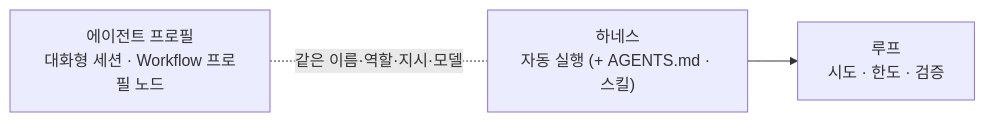
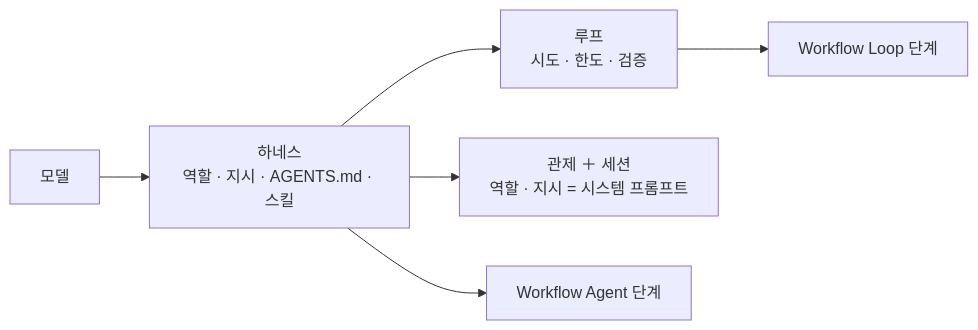
One commit to thdrmsqhd/omp-live-map changed the third of 3 diagrams in docs/guide/engineering.md. Above: the diagram before and after it, drawn with Mermaid. The commit also changed other lines of this file and 136 other files, not shown here.

````diff
--- a/docs/guide/engineering.md
+++ b/docs/guide/engineering.md
@@ -156,5 +157,8 @@
 ```mermaid
 flowchart LR
-  P["에이전트 프로필<br/>대화형 세션 · Workflow 프로필 노드"] -. "같은 이름·역할·지시·모델" .- H["하네스<br/>자동 실행 (+ AGENTS.md · 스킬)"]
+  M["모델"] --> H["하네스<br/>역할 · 지시 · AGENTS.md · 스킬"]
   H --> L["루프<br/>시도 · 한도 · 검증"]
+  H --> S["관제 ＋ 세션<br/>역할 · 지시 = 시스템 프롬프트"]
+  H --> W["Workflow Agent 단계"]
+  L --> X["Workflow Loop 단계"]
 ```
````
